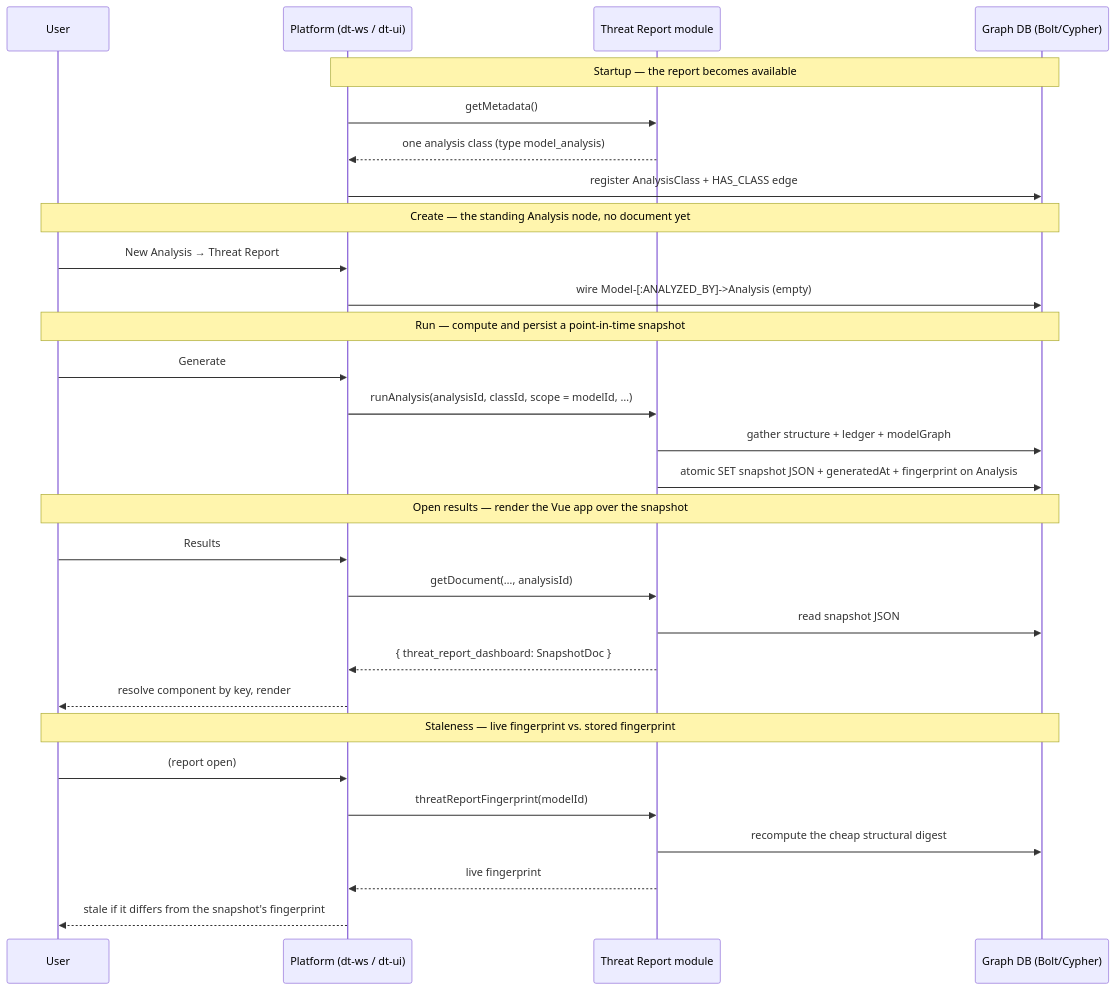
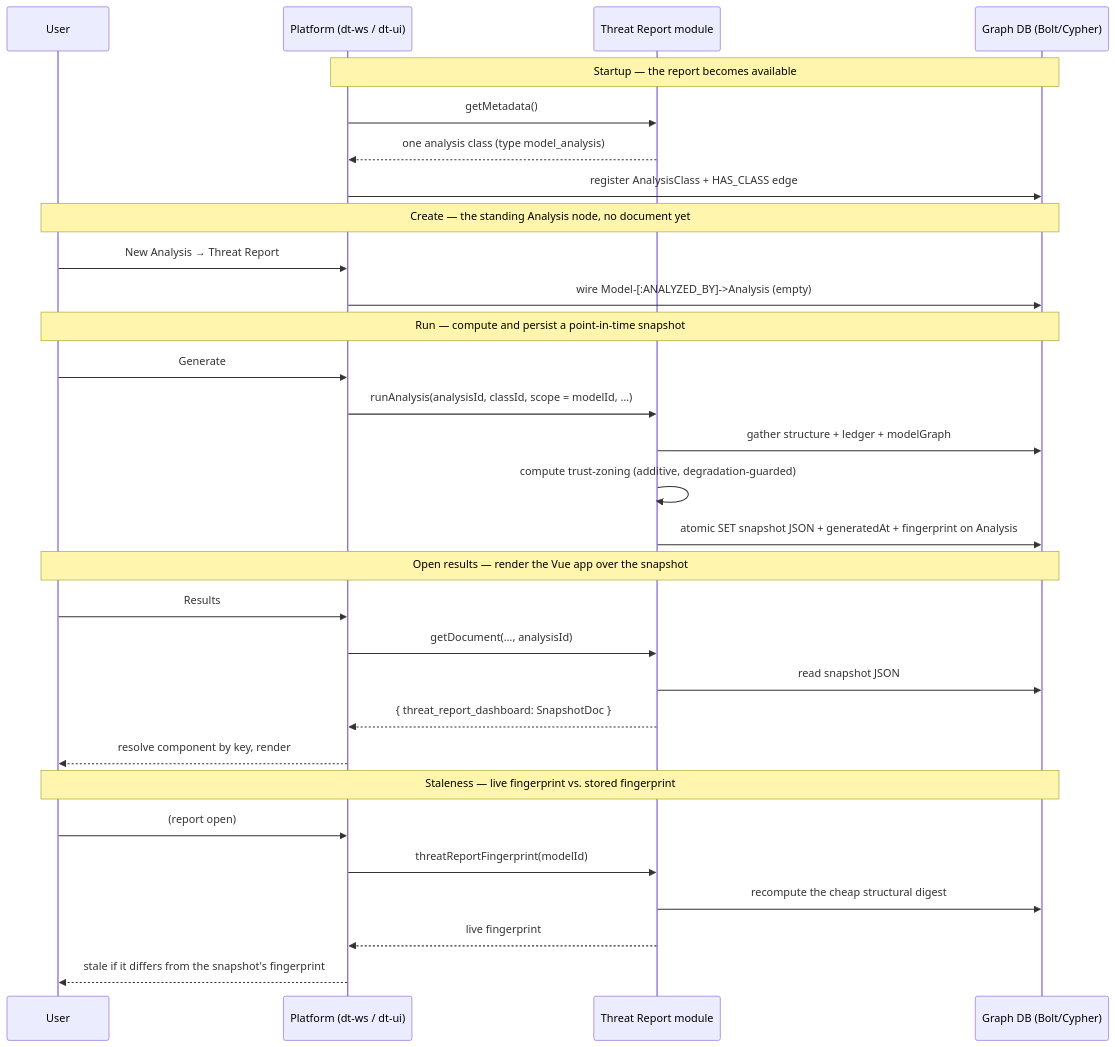
Before and after one commit to dether-net/dethernety-oss: the first of 2 diagrams in docs/architecture/dethernety-threat-report/architecture.md, drawn with Mermaid. The commit also changed other lines of this file and 26 other files, not shown here.

First line of the commit message:
feat(threat-report): declared-zone data-flow policy surfaces (#222)

````diff
--- a/docs/architecture/dethernety-threat-report/architecture.md
+++ b/docs/architecture/dethernety-threat-report/architecture.md
@@ -30,36 +30,37 @@
 ```mermaid
 sequenceDiagram
     participant User
     participant Platform as Platform (dt-ws / dt-ui)
     participant Module as Threat Report module
     participant DB as Graph DB (Bolt/Cypher)
 
     Note over Platform,DB: Startup — the report becomes available
     Platform->>Module: getMetadata()
     Module-->>Platform: one analysis class (type model_analysis)
     Platform->>DB: register AnalysisClass + HAS_CLASS edge
 
     Note over User,DB: Create — the standing Analysis node, no document yet
     User->>Platform: New Analysis → Threat Report
     Platform->>DB: wire Model-[:ANALYZED_BY]->Analysis (empty)
 
     Note over User,DB: Run — compute and persist a point-in-time snapshot
     User->>Platform: Generate
     Platform->>Module: runAnalysis(analysisId, classId, scope = modelId, …)
     Module->>DB: gather structure + ledger + modelGraph
+    Module->>Module: compute trust-zoning (additive, degradation-guarded)
     Module->>DB: atomic SET snapshot JSON + generatedAt + fingerprint on Analysis
 
     Note over User,DB: Open results — render the Vue app over the snapshot
     User->>Platform: Results
     Platform->>Module: getDocument(…, analysisId)
     Module->>DB: read snapshot JSON
     Module-->>Platform: { threat_report_dashboard: SnapshotDoc }
     Platform-->>User: resolve component by key, render
 
     Note over User,DB: Staleness — live fingerprint vs. stored fingerprint
     User->>Platform: (report open)
     Platform->>Module: threatReportFingerprint(modelId)
     Module->>DB: recompute the cheap structural digest
     Module-->>Platform: live fingerprint
     Platform-->>User: stale if it differs from the snapshot's fingerprint
 ```
````
